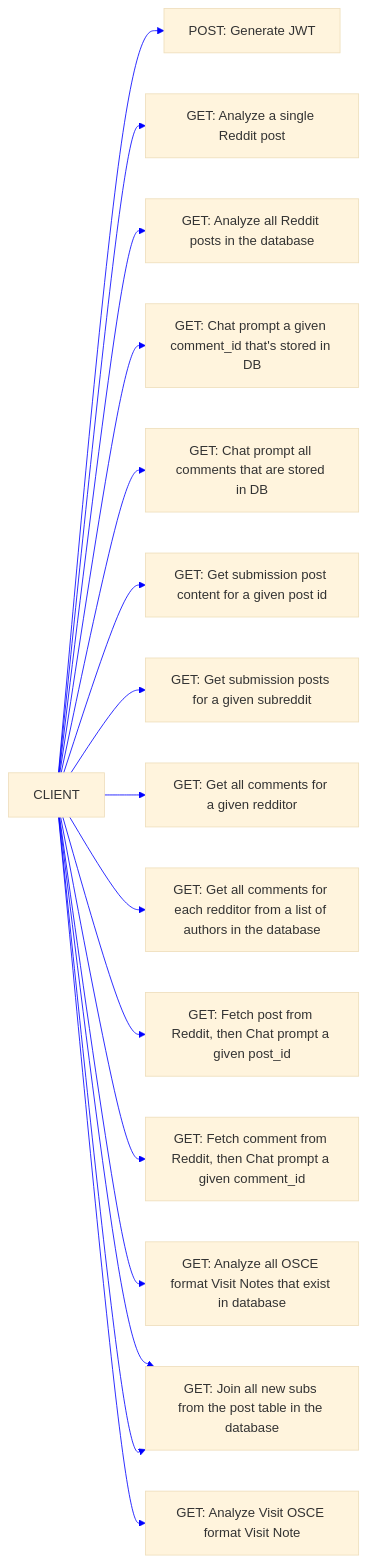
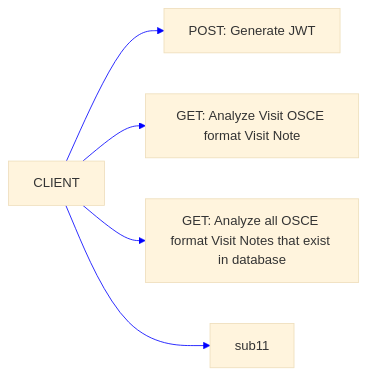
One commit to ovaisq/LLM-MedBillingForecast changed the second of 3 diagrams in README.md. Above: the diagram before and after it, drawn with Mermaid. The commit also changed other lines of this file and 2 other files, not shown here.

````diff
--- a/README.md
+++ b/README.md
@@ -144,33 +112,11 @@
 ```mermaid
 %%{init: {'theme': 'base', 'themeVariables': {'lineColor': 'Blue'}}}%%
 graph LR
-    sub["/login"] --> sub3
-    sub["/analyze_post"] --> sub1
-    sub["/analyze_posts"] --> sub2
-    sub["/analyze_comment"] --> sub9
-    sub["/analyze_comments"] --> sub10
-    sub["/get_sub_post"] --> sub4
-    sub["/get_sub_posts"] --> sub5
-    sub["/get_author_comments"] --> sub6
-    sub["/get_authors_comments"] --> sub7
-    sub["/get_and_analyze_post"] --> sub12
-    sub["/get_and_analyze_comment"] --> sub14
-    sub["/analyze_visit_notes"] --> sub15
-    sub["/join_new_subs"] --> sub11
-    sub["/analyze_visit_note"] --> sub13
+    sub["/login"] --> sub1
+    sub["/analyze_visit_note"] --> sub2
+    sub["/analyze_visit_notes"] --> sub3
     sub["CLIENT"] --> sub11
-    sub1["GET: Analyze a single Reddit post"]
-    sub2["GET: Analyze all Reddit posts in the database"]
-    sub3["POST: Generate JWT"]
-    sub4["GET: Get submission post content for a given post id"]
-    sub5["GET: Get submission posts for a given subreddit"]
-    sub6["GET: Get all comments for a given redditor"]
-    sub7["GET: Get all comments for each redditor from a list of authors in the database"]
-    sub9["GET: Chat prompt a given comment_id that's stored in DB"]
-    sub10["GET: Chat prompt all comments that are stored in DB"]
-    sub11["GET: Join all new subs from the post table in the database"]
-    sub12["GET: Fetch post from Reddit, then Chat prompt a given post_id"]
-    sub13["GET: Analyze Visit OSCE format Visit Note"]
-    sub14["GET: Fetch comment from Reddit, then Chat prompt a given comment_id"]
-    sub15["GET: Analyze all OSCE format Visit Notes that exist in database"]
+    sub1["POST: Generate JWT"]
+    sub2["GET: Analyze Visit OSCE format Visit Note"]
+    sub3["GET: Analyze all OSCE format Visit Notes that exist in database"]
 ```
````
